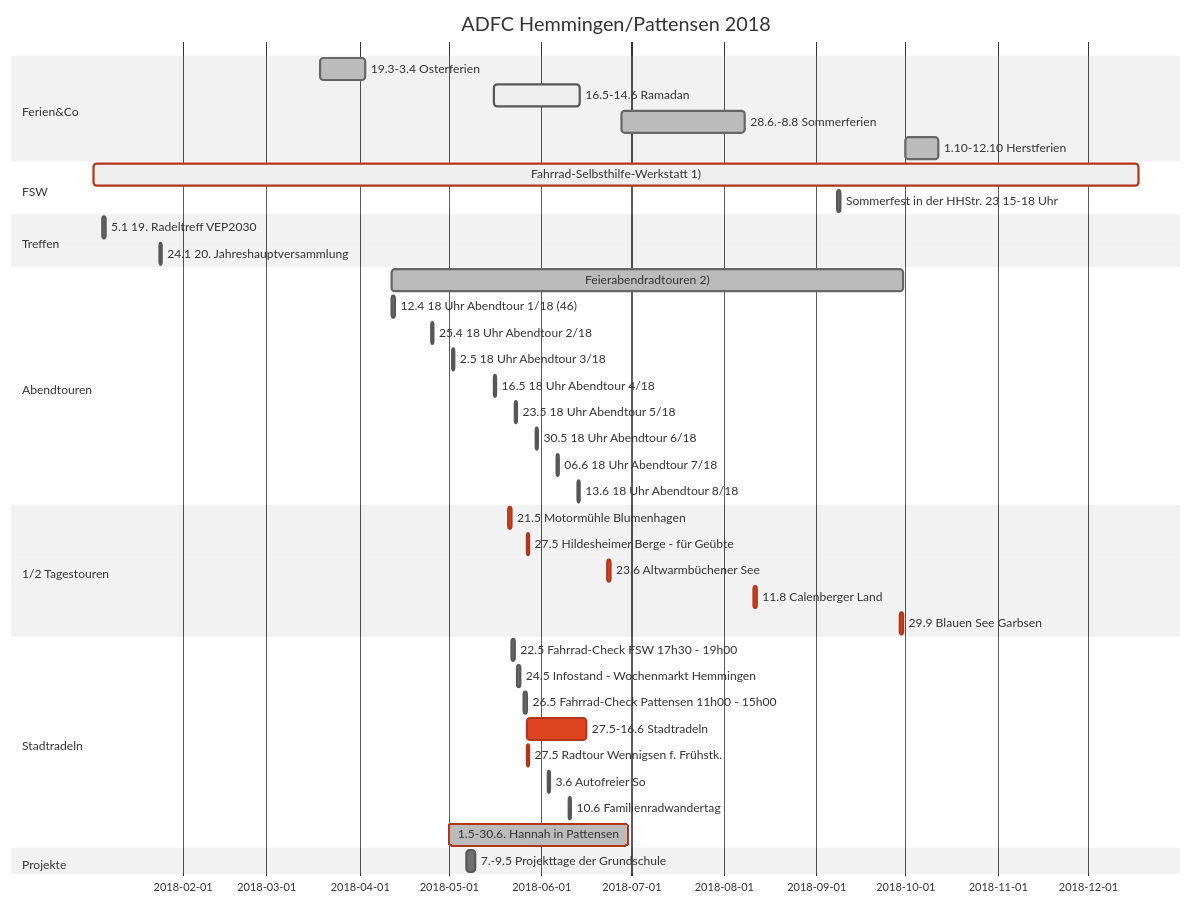
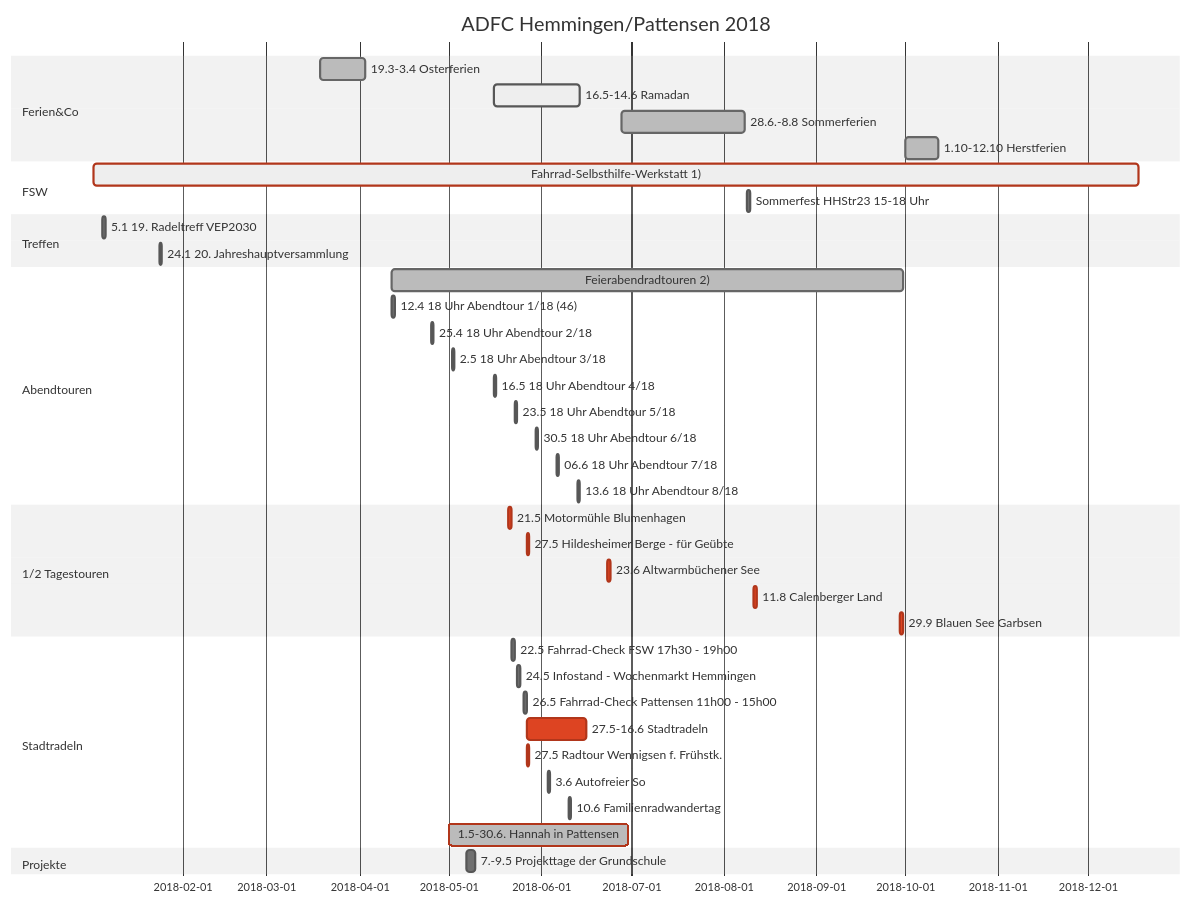
The diagram in index.md (adfc-hemmingen-pattensen/adfc-hemmingen-pattensen.github.io), drawn with Mermaid (neutral theme) before and after one commit. The commit also changed 2 other files, not shown here.

Commit message:
bug sommerfest

````diff
--- a/index.md
+++ b/index.md
@@ -106,51 +106,51 @@
 ```mermaid
 gantt
   title ADFC Hemmingen/Pattensen 2018
   dateFormat  DD.MM.YY
 
 section Ferien&Co
   19.3-3.4 Osterferien                        :done,        19.03.18, 03.04.18
   16.5-14.6  Ramadan                          :active,done, 16.05.18, 14.06.18
   28.6.-8.8 Sommerferien                      :done,        28.06.18, 08.08.18
   1.10-12.10 Herstferien                      :done,        01.10.18, 12.10.18
 
 section FSW
   Fahrrad-Selbsthilfe-Werkstatt 1)            :crit,active, 02.01.18, 18.12.18
-  Sommerfest in der HHStr. 23  15-18 Uhr      : 09.08.2018, 1d
+  Sommerfest HHStr23  15-18 Uhr      : 09.08.18, 1d
 
 section Treffen
   5.1 19. Radeltreff VEP2030        : 05.01.18, 1d
   24.1 20. Jahreshauptversammlung   : 24.01.18, 1d
 
 section Abendtouren
   Feierabendradtouren 2)        :done, 12.04.18, 30.09.18
 12.4 18 Uhr Abendtour 1/18 (46) : 12.04.18,1d
 25.4 18 Uhr Abendtour 2/18    : 25.04.18,1d
 2.5 18 Uhr Abendtour 3/18     : 02.05.18,1d
 16.5 18 Uhr Abendtour 4/18     : 16.05.18,1d
 23.5 18 Uhr Abendtour 5/18      : 23.05.18,1d
 30.5 18 Uhr Abendtour 6/18      : 30.05.18,1d
 06.6 18 Uhr Abendtour 7/18      : 06.06.18,1d
 13.6 18 Uhr Abendtour 8/18      : 13.06.18,1d
 
 section 1/2 Tagestouren
   21.5 Motormühle Blumenhagen   :crit, 21.05.18,1d
   27.5 Hildesheimer Berge - für Geübte :crit, 27.05.18, 1d
   23.6 Altwarmbüchener See      :crit, 23.06.18,1d
   11.8 Calenberger Land         :crit, 11.08.18,1d
   29.9 Blauen See Garbsen       :crit, 29.09.18,1d
 
 
 section Stadtradeln
   22.5 Fahrrad-Check FSW 17h30 - 19h00                     :             22.05.18, 1d
   24.5 Infostand - Wochenmarkt Hemmingen : 24.05.18,1d
   26.5 Fahrrad-Check Pattensen 11h00 - 15h00              :             26.05.18, 1d
   27.5-16.6 Stadtradeln                       : crit,       27.05.18, 16.06.18
   27.5 Radtour Wennigsen f. Frühstk.          : crit,       27.05.18, 1d
   3.6 Autofreier So                           :             03.06.18, 1d
   10.6 Familienradwandertag                   :             10.06.18, 1d
   1.5-30.6.  Hannah in Pattensen              :crit, done,  01.05.18, 30.06.18
 
 section Projekte
   7.-9.5 Projekttage der Grundschule      :07.05.18, 3d
 ```
````
